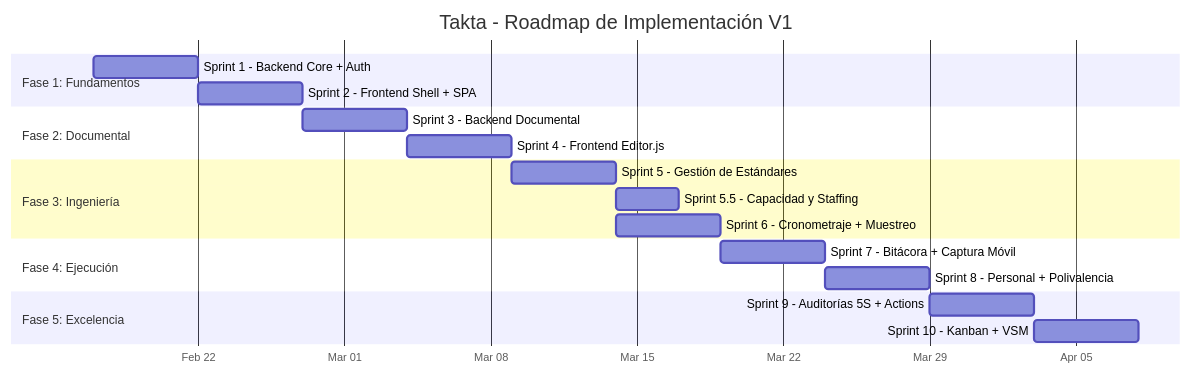
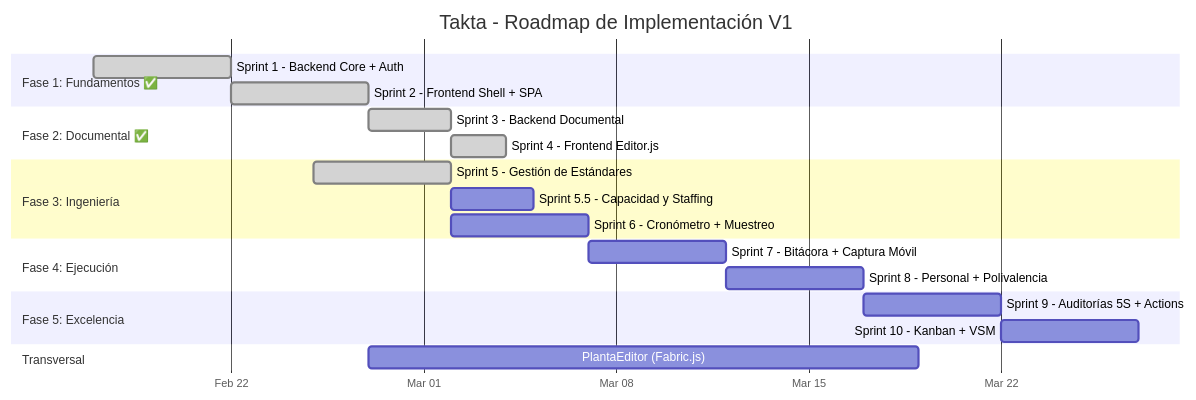
One commit to DanAndCastRod/Takta changed the diagram in plans/v1/PLAN_MAESTRO_COMPLETE.md. Above: the diagram before and after it, drawn with Mermaid. The commit also changed other lines of this file and 88 other files, not shown here.

````diff
--- a/plans/v1/PLAN_MAESTRO_COMPLETE.md
+++ b/plans/v1/PLAN_MAESTRO_COMPLETE.md
@@ -56,27 +52,30 @@
 ```mermaid
 gantt
     title Takta - Roadmap de Implementación V1
     dateFormat YYYY-MM-DD
     axisFormat %b %d
 
-    section Fase 1: Fundamentos
-    Sprint 1 - Backend Core + Auth       :f1s1, 2026-02-17, 5d
-    Sprint 2 - Frontend Shell + SPA      :f1s2, after f1s1, 5d
+    section Fase 1: Fundamentos ✅
+    Sprint 1 - Backend Core + Auth       :done, f1s1, 2026-02-17, 5d
+    Sprint 2 - Frontend Shell + SPA      :done, f1s2, after f1s1, 5d
 
-    section Fase 2: Documental
-    Sprint 3 - Backend Documental        :f2s3, after f1s2, 5d
-    Sprint 4 - Frontend Editor.js        :f2s4, after f2s3, 5d
+    section Fase 2: Documental ✅
+    Sprint 3 - Backend Documental        :done, f2s3, after f1s2, 3d
+    Sprint 4 - Frontend Editor.js        :done, f2s4, after f2s3, 2d
 
     section Fase 3: Ingeniería
-    Sprint 5 - Gestión de Estándares     :f3s5, after f2s4, 5d
+    Sprint 5 - Gestión de Estándares     :done, f3s5, 2026-02-25, 5d
     Sprint 5.5 - Capacidad y Staffing    :f3s55, after f3s5, 3d
-    Sprint 6 - Cronometraje + Muestreo   :f3s6, after f3s5, 5d
+    Sprint 6 - Cronómetro + Muestreo    :f3s6, after f3s5, 5d
 
     section Fase 4: Ejecución
     Sprint 7 - Bitácora + Captura Móvil  :f4s7, after f3s6, 5d
     Sprint 8 - Personal + Polivalencia   :f4s8, after f4s7, 5d
 
     section Fase 5: Excelencia
     Sprint 9 - Auditorías 5S + Actions   :f5s9, after f4s8, 5d
     Sprint 10 - Kanban + VSM             :f5s10, after f5s9, 5d
+
+    section Transversal
+    PlantaEditor (Fabric.js)             :pe, after f1s2, 20d
 ```
````
